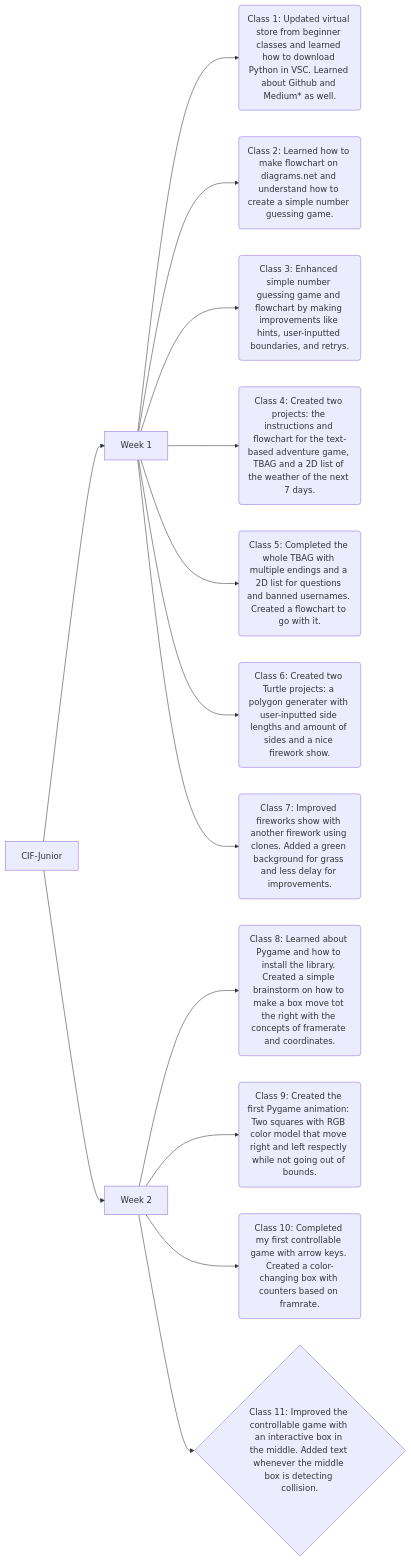
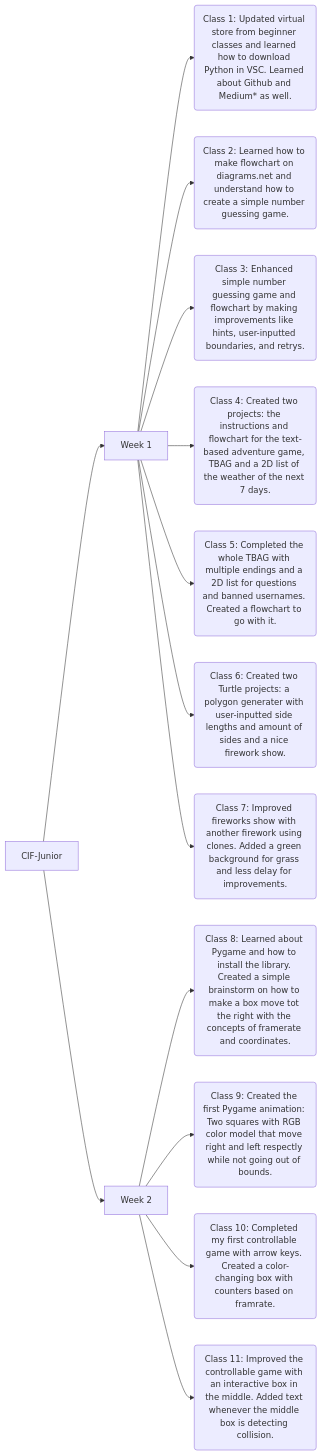
One commit to deoclabber/CIF-Junior changed the diagram in README.md. Above: the diagram before and after it, drawn with Mermaid. The commit also changed other lines of this file, not shown here.

Commit message:
Fix formatting in README and update Pygame concepts

````diff
--- a/README.md
+++ b/README.md
@@ -10,17 +10,17 @@
 ```mermaid
 graph LR;
   A[CIF-Junior] --> B[Week 1];
   A --> C[Week 2];
   B --> F(Class 1: Updated virtual store from beginner classes and learned how to download Python in VSC. Learned about Github and Medium* as well.);
   B --> G(Class 2: Learned how to make flowchart on diagrams.net and understand how to create a simple number guessing game.);
   B --> H(Class 3: Enhanced simple number guessing game and flowchart by making improvements like hints, user-inputted boundaries, and retrys.);
   B --> I(Class 4: Created two projects: the instructions and flowchart for the text-based adventure game, TBAG and a 2D list of the weather of the next 7 days.);
   B --> J(Class 5: Completed the whole TBAG with multiple endings and a 2D list for questions and banned usernames. Created a flowchart to go with it.);
   B --> K(Class 6: Created two Turtle projects: a polygon generater with user-inputted side lengths and amount of sides and a nice firework show.);
   B --> L(Class 7: Improved fireworks show with another firework using clones. Added a green background for grass and less delay for improvements.);
 
   C --> M(Class 8: Learned about Pygame and how to install the library. Created a simple brainstorm on how to make a box move tot the right with the concepts of framerate and coordinates.);
   C --> N(Class 9: Created the first Pygame animation: Two squares with RGB color model that move right and left respectly while not going out of bounds.);
   C --> O(Class 10: Completed my first controllable game with arrow keys. Created a color-changing box with counters based on framrate.);
-  C --> Q{Class 11: Improved the controllable game with an interactive box in the middle. Added text whenever the middle box is detecting collision.};
+  C --> Q(Class 11: Improved the controllable game with an interactive box in the middle. Added text whenever the middle box is detecting collision.);
 ```
````
